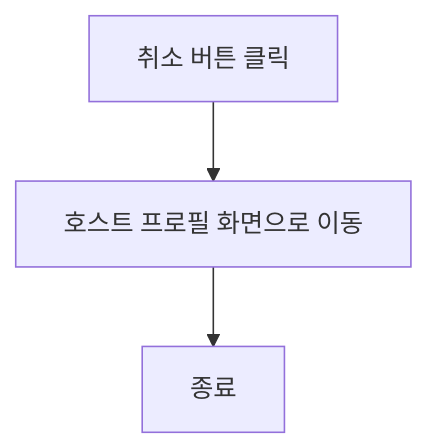
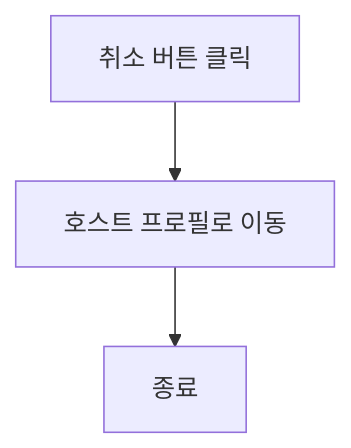
Before and after one commit to red-dev-Mark/devcamp-onboarding-project-Team-2: the eighth of 8 diagrams in design/기능정의서.md, drawn with Mermaid. The commit also changed other lines of this file, not shown here.

Commit message:
플로우 차트 작성#21

````diff
--- a/design/기능정의서.md
+++ b/design/기능정의서.md
@@ -138,5 +214,5 @@
 ```mermaid
 flowchart TD
-    A[취소 버튼 클릭] --> B[호스트 프로필 화면으로 이동]
+    A[취소 버튼 클릭] --> B[호스트 프로필로 이동]
     B --> Z[종료]
 ```
````
